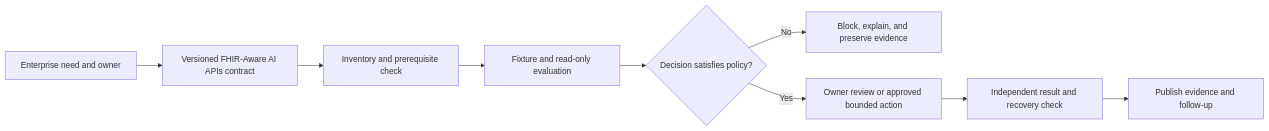
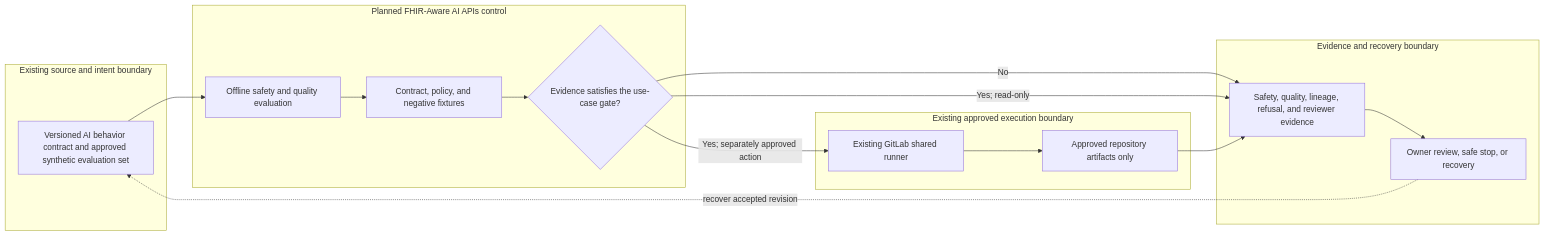
The diagram in docs/use-cases/healthcare-ai/UC-AI-006-fhir-aware-ai-apis.md (MIDHTECH/enterprise-architecture-docs), drawn with Mermaid before and after one commit. The commit also changed other lines of this file and 227 other files, not shown here.

Commit message:
Deepen architecture for all use case designs

````diff
--- a/docs/use-cases/healthcare-ai/UC-AI-006-fhir-aware-ai-apis.md
+++ b/docs/use-cases/healthcare-ai/UC-AI-006-fhir-aware-ai-apis.md
@@ -136,11 +129,25 @@
 ```mermaid
 flowchart LR
-    Need["Enterprise need and owner"] --> Contract["Versioned FHIR-Aware AI APIs contract"]
-    Contract --> Preflight["Inventory and prerequisite check"]
-    Preflight --> Evaluate["Fixture and read-only evaluation"]
-    Evaluate --> Decision{"Decision satisfies policy?"}
-    Decision -->|No| Stop["Block, explain, and preserve evidence"]
-    Decision -->|Yes| Review["Owner review or approved bounded action"]
-    Review --> Verify["Independent result and recovery check"]
-    Verify --> Publish["Publish evidence and follow-up"]
+    subgraph Source["Existing source and intent boundary"]
+        A["Versioned AI behavior contract and approved synthetic evaluation set"]
+    end
+    subgraph Planned["Planned FHIR-Aware AI APIs control"]
+        B["Offline safety and quality evaluation"]
+        C["Contract, policy, and negative fixtures"]
+        D{"Evidence satisfies the use-case gate?"}
+    end
+    subgraph Runtime["Existing approved execution boundary"]
+        E["Existing GitLab shared runner"]
+        F["Approved repository artifacts only"]
+    end
+    subgraph Assurance["Evidence and recovery boundary"]
+        G["Safety, quality, lineage, refusal, and reviewer evidence"]
+        H["Owner review, safe stop, or recovery"]
+    end
+
+    A --> B --> C --> D
+    D -->|No| G --> H
+    D -->|Yes; read-only| G
+    D -->|Yes; separately approved action| E --> F --> G
+    H -. recover accepted revision .-> A
 ```
````
